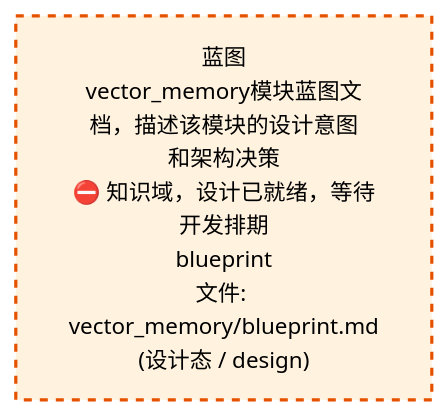
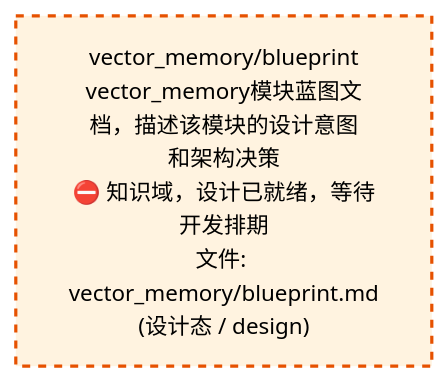
The first of 2 diagrams in docs/02_enterprise_architecture/02_domain_architecture_docs/58_d_knowledge.md (xuanFelixVan/ZephyrAlpha), drawn with Mermaid before and after one commit. The commit also changed other lines of this file and 58 other files, not shown here.

````diff
--- a/docs/02_enterprise_architecture/02_domain_architecture_docs/58_d_knowledge.md
+++ b/docs/02_enterprise_architecture/02_domain_architecture_docs/58_d_knowledge.md
@@ -53,10 +53,10 @@
 ```mermaid
 %%{init: {'theme': 'base', 'themeVariables': {'primaryColor': '#eaeaea', 'primaryTextColor': '#333333', 'primaryBorderColor': '#666666', 'lineColor': '#666666', 'secondaryColor': '#eaeaea', 'tertiaryColor': '#eaeaea', 'fontSize': '14px'}}}%%
 flowchart TD
-    docs_03_modules_domain_knowledge_vector_memory_blueprint_md["蓝图<br/>vector_memory模块蓝图文档，描述该模块的设计意图<br/>和架构决策<br/>⛔ 知识域，设计已就绪，等待开发排期<br/>blueprint<br/>文件: vector_memory/blueprint.md<br/>(设计态 / design)"]
+    docs_03_modules_domain_knowledge_vector_memory_blueprint_md["vector_memory/blueprint<br/>vector_memory模块蓝图文档，描述该模块的设计意图<br/>和架构决策<br/>⛔ 知识域，设计已就绪，等待开发排期<br/>文件: vector_memory/blueprint.md<br/>(设计态 / design)"]
     classDef production fill:#e1f5fe,stroke:#01579b,stroke-width:2px,color:#000
     classDef design fill:#fff3e0,stroke:#e65100,stroke-width:2px,color:#000,stroke-dasharray: 5 5
     classDef external_prod fill:#e8f4fd,stroke:#0277bd,stroke-width:1px,color:#000
     classDef external_design fill:#fff8e7,stroke:#ef6c00,stroke-width:1px,color:#000,stroke-dasharray: 5 5
     class docs_03_modules_domain_knowledge_vector_memory_blueprint_md design
 ```
````
